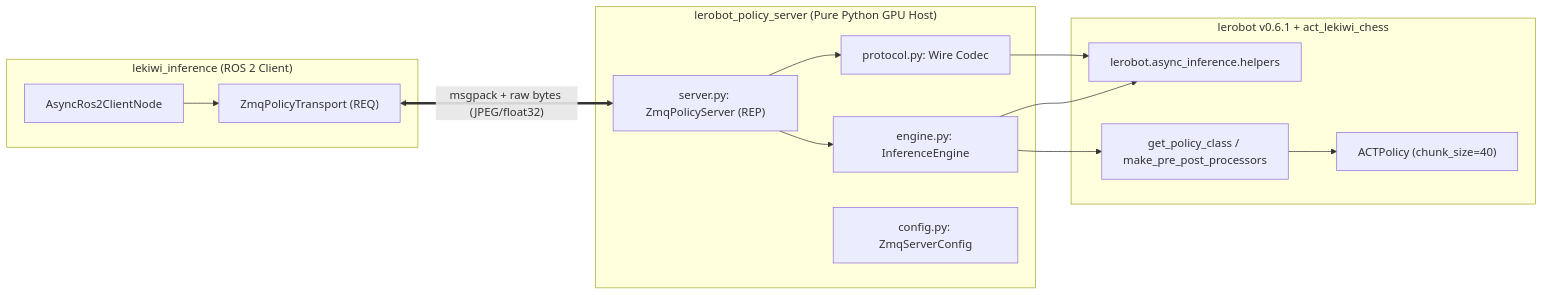
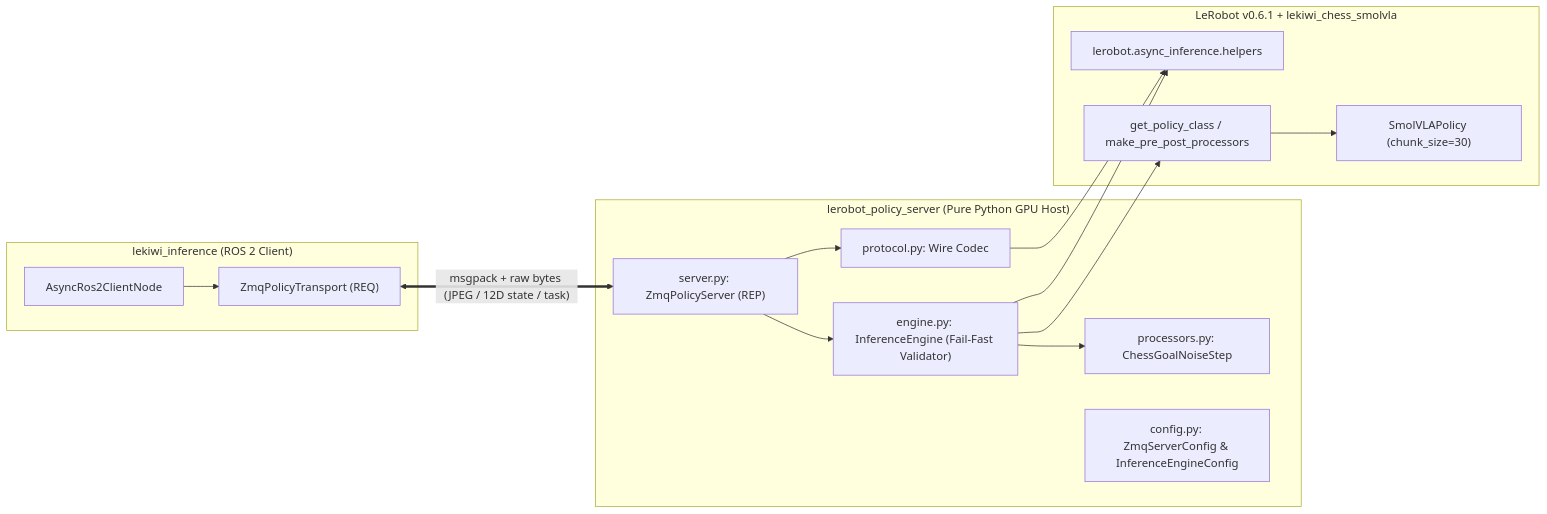
The diagram in lerobot_policy_server/README.md (DuyKhongCay/lekiwi_ros2), drawn with Mermaid before and after one commit. The commit also changed other lines of this file and 15 other files, not shown here.

First line of the commit message:
feat(lerobot_policy_server)!: migrate to smolvla and draccus yaml config

````diff
--- a/lerobot_policy_server/README.md
+++ b/lerobot_policy_server/README.md
@@ -15,26 +16,28 @@
 ```mermaid
 flowchart LR
     subgraph Client["lekiwi_inference (ROS 2 Client)"]
         Node["AsyncRos2ClientNode"] --> ZmqReq["ZmqPolicyTransport (REQ)"]
     end
 
     subgraph Server["lerobot_policy_server (Pure Python GPU Host)"]
         ZmqRep["server.py: ZmqPolicyServer (REP)"]
         Proto["protocol.py: Wire Codec"]
-        Eng["engine.py: InferenceEngine"]
-        Cfg["config.py: ZmqServerConfig"]
+        Proc["processors.py: ChessGoalNoiseStep"]
+        Eng["engine.py: InferenceEngine (Fail-Fast Validator)"]
+        Cfg["config.py: ZmqServerConfig & InferenceEngineConfig"]
     end
 
-    subgraph LeRobot["lerobot v0.6.1 + act_lekiwi_chess"]
+    subgraph LeRobot["LeRobot v0.6.1 + lekiwi_chess_smolvla"]
         Helpers["lerobot.async_inference.helpers"]
         Factory["get_policy_class / make_pre_post_processors"]
-        ACT["ACTPolicy (chunk_size=40)"]
+        SmolVLA["SmolVLAPolicy (chunk_size=30)"]
     end
 
-    ZmqReq <==>|"msgpack + raw bytes (JPEG/float32)"| ZmqRep
+    ZmqReq <==>|"msgpack + raw bytes (JPEG / 12D state / task)"| ZmqRep
     ZmqRep --> Proto
     ZmqRep --> Eng
-    Eng --> Factory --> ACT
+    Eng --> Proc
+    Eng --> Factory --> SmolVLA
     Proto --> Helpers
     Eng --> Helpers
 ```
````
